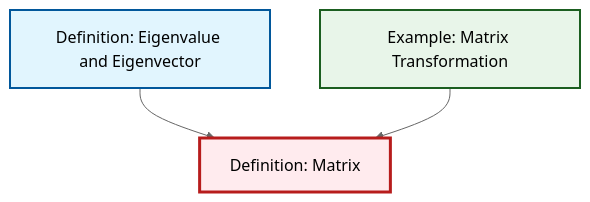
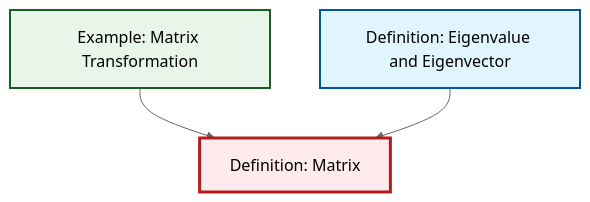
Before and after one commit to RK0429/ModernMath: the diagram in content/en/algebra/def-matrix.qmd, drawn with Mermaid (neutral theme). The commit also changed other lines of this file and 474 other files, not shown here.

````diff
--- a/content/en/algebra/def-matrix.qmd
+++ b/content/en/algebra/def-matrix.qmd
@@ -57,17 +57,17 @@
 ```{mermaid}
 %%| fig-cap: "Local dependency graph"
 graph TD
     classDef definition fill:#e1f5fe,stroke:#01579b,stroke-width:2px
     classDef theorem fill:#f3e5f5,stroke:#4a148c,stroke-width:2px
     classDef axiom fill:#fff3e0,stroke:#e65100,stroke-width:2px
     classDef example fill:#e8f5e9,stroke:#1b5e20,stroke-width:2px
     classDef current fill:#ffebee,stroke:#b71c1c,stroke-width:3px
+    def-matrix["Definition: Matrix"]:::definition
+    def-eigenvalue-eigenvector["Definition: Eigenvalue and Eigenvector"]:::definition
     ex-matrix-transformation["Example: Matrix Transformation"]:::example
-    def-eigenvalue-eigenvector["Definition: Eigenvalue and Eigenvector"]:::definition
-    def-matrix["Definition: Matrix"]:::definition
+    ex-matrix-transformation --> def-matrix
     def-eigenvalue-eigenvector --> def-matrix
-    ex-matrix-transformation --> def-matrix
     class def-matrix current
+    click def-eigenvalue-eigenvector "def-eigenvalue-eigenvector.html" "Go to Eigenvalue and Eigenvector definition"
     click ex-matrix-transformation "ex-matrix-transformation.html" "Go to Matrix Transformation example"
-    click def-eigenvalue-eigenvector "def-eigenvalue-eigenvector.html" "Go to Eigenvalue and Eigenvector definition"
 ```
````
